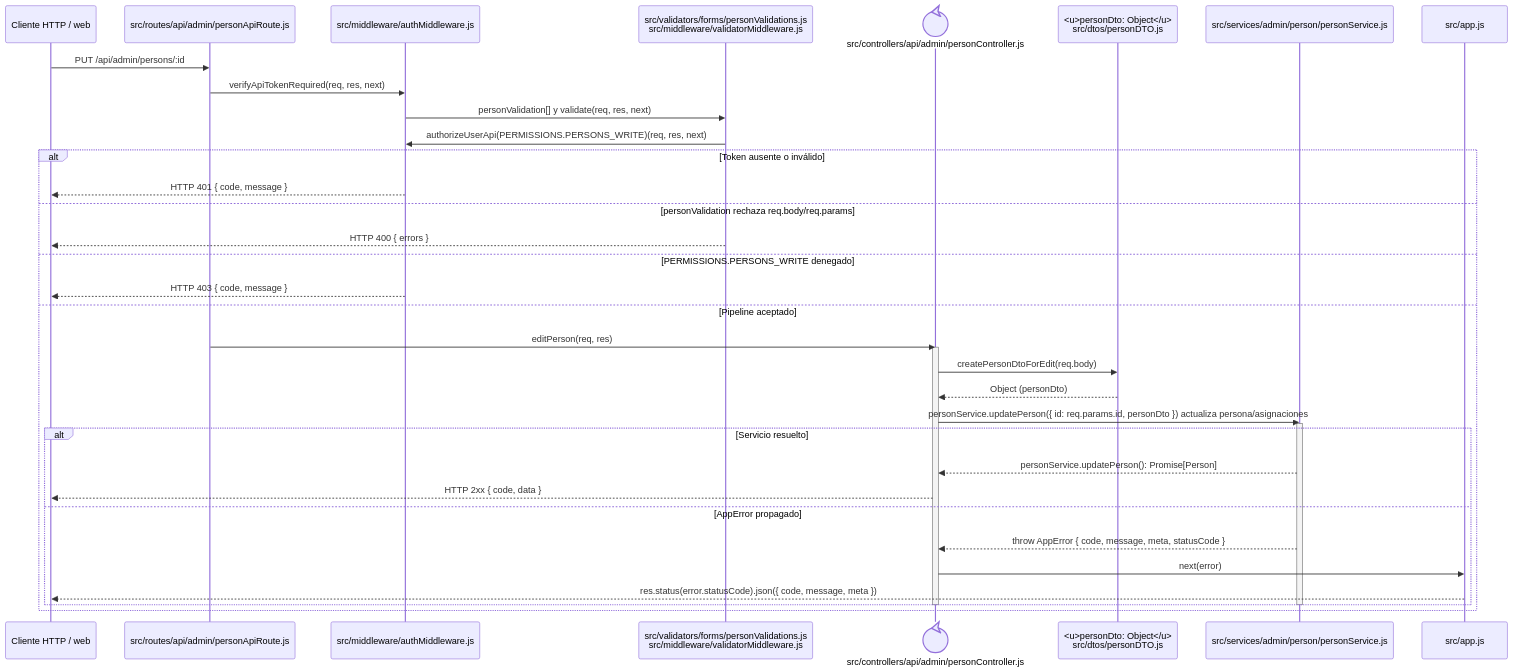
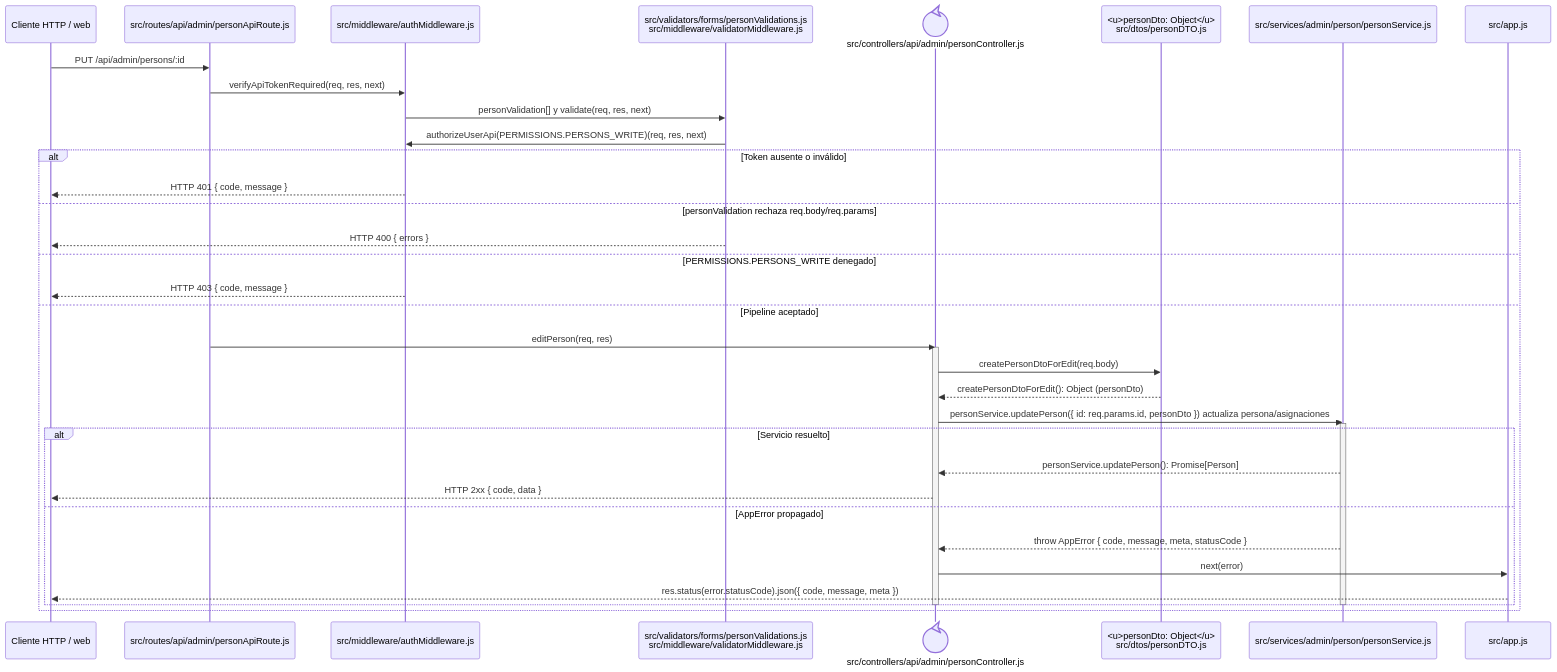
One commit to gpgsistemas01/nexus changed the diagram in docs/architecture/backend-code-sequences/identity-access/cu-ida-03.md. Above: the diagram before and after it, drawn with Mermaid. The commit also changed 50 other files, not shown here.

Commit message:
docs: separar llamadas en diagramas de secuencia

````diff
--- a/docs/architecture/backend-code-sequences/identity-access/cu-ida-03.md
+++ b/docs/architecture/backend-code-sequences/identity-access/cu-ida-03.md
@@ -6,40 +6,40 @@
 ```mermaid
 sequenceDiagram
     participant Client as Cliente HTTP / web
     participant Route as src/routes/api/admin/personApiRoute.js
     participant Auth as src/middleware/authMiddleware.js
     participant Validator as src/validators/forms/personValidations.js<br/>src/middleware/validatorMiddleware.js
     participant Controller@{ "type": "control" } as src/controllers/api/admin/personController.js
     participant PersonDto as <u>personDto: Object</u><br/>src/dtos/personDTO.js
     participant Domain as src/services/admin/person/personService.js
     participant ErrorHandler as src/app.js
 
     Client->>Route: PUT /api/admin/persons/:id
     Route->>Auth: verifyApiTokenRequired(req, res, next)
     Auth->>Validator: personValidation[] y validate(req, res, next)
     Validator->>Auth: authorizeUserApi(PERMISSIONS.PERSONS_WRITE)(req, res, next)
     alt Token ausente o inválido
         Auth-->>Client: HTTP 401 { code, message }
     else personValidation rechaza req.body/req.params
         Validator-->>Client: HTTP 400 { errors }
     else PERMISSIONS.PERSONS_WRITE denegado
         Auth-->>Client: HTTP 403 { code, message }
     else Pipeline aceptado
         Route->>Controller: editPerson(req, res)
         activate Controller
         Controller->>PersonDto: createPersonDtoForEdit(req.body)
-        PersonDto-->>Controller: Object (personDto)
+        PersonDto-->>Controller: createPersonDtoForEdit(): Object (personDto)
         Controller->>Domain: personService.updatePerson({ id: req.params.id, personDto }) actualiza persona/asignaciones
         activate Domain
         alt Servicio resuelto
             Domain-->>Controller: personService.updatePerson(): Promise[Person]
             Controller-->>Client: HTTP 2xx { code, data }
         else AppError propagado
             Domain-->>Controller: throw AppError { code, message, meta, statusCode }
             Controller->>ErrorHandler: next(error)
             ErrorHandler-->>Client: res.status(error.statusCode).json({ code, message, meta })
         end
         deactivate Domain
         deactivate Controller
     end
 ```
````
